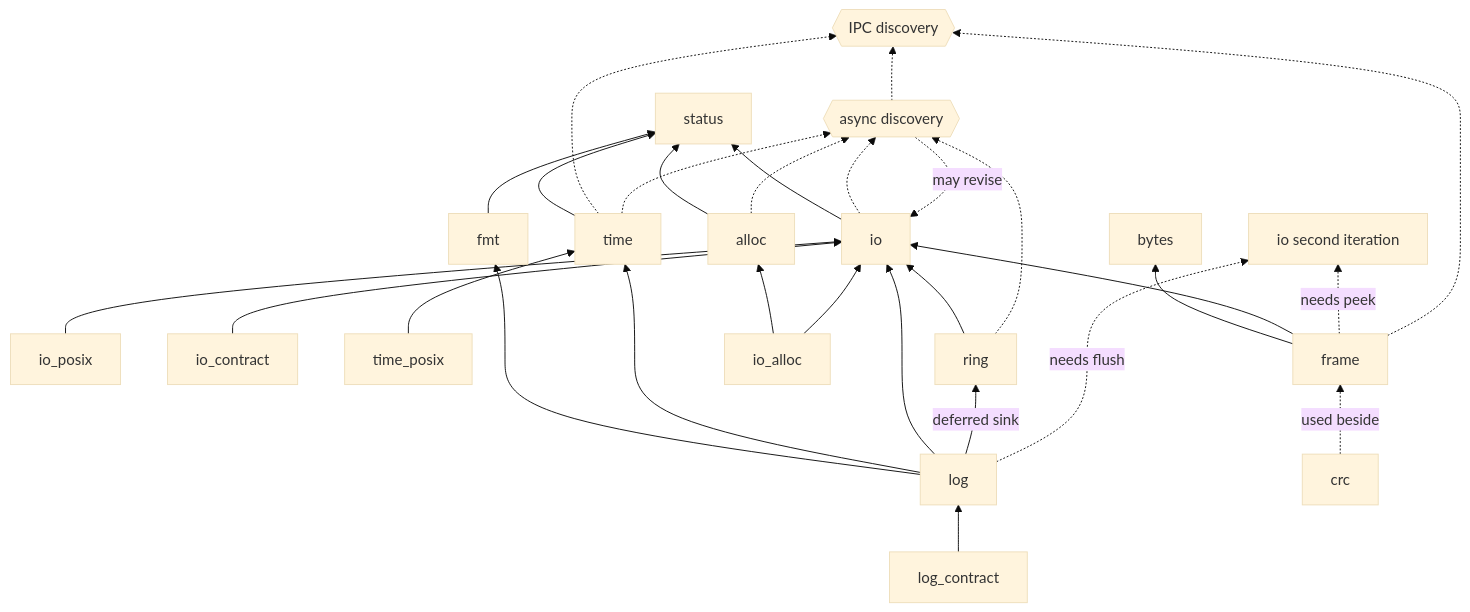
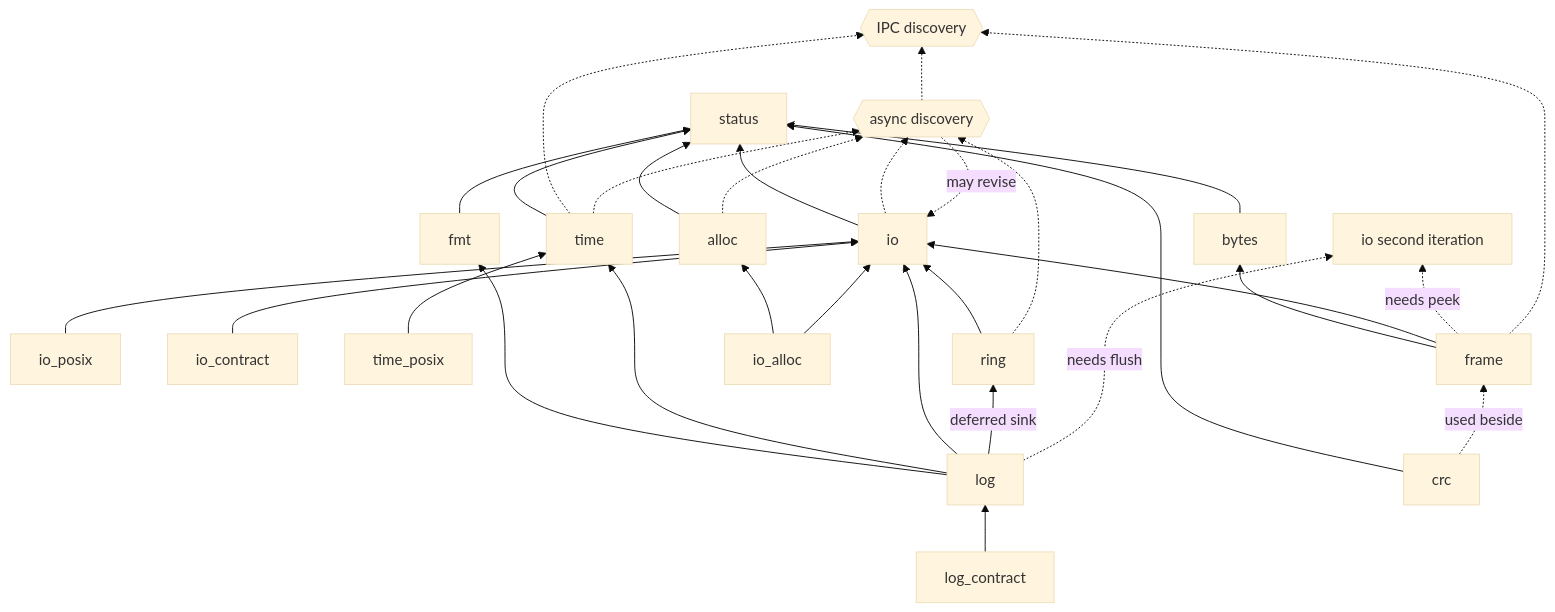
The diagram in docs/module-plan.md (Zshoham/elemental), drawn with Mermaid (base theme) before and after one commit. The commit also changed other lines of this file and 5 other files, not shown here.

First line of the commit message:
M3 ledgers: tests, sizes, Zephyr memory, roadmap

````diff
--- a/docs/module-plan.md
+++ b/docs/module-plan.md
@@ -199,32 +199,33 @@
 ```mermaid
 graph BT
   io --> status
   io_posix --> io
   io_contract --> io
   fmt --> status
   time --> status
   time_posix --> time
   ring --> io
   log --> fmt
   log --> time
   log --> io
   log -->|deferred sink| ring
   log_contract --> log
   frame --> bytes
   frame --> io
   alloc --> status
   io_alloc --> alloc
   io_alloc --> io
-  crc
+  bytes --> status
+  crc --> status
   crc -.->|used beside| frame
   log -.->|needs flush| io2[io second iteration]
   frame -.->|needs peek| io2
   frame -.-> ipc{{IPC discovery}}
   time -.-> ipc
   io -.-> async{{async discovery}}
   ring -.-> async
   time -.-> async
   alloc -.-> async
   async -.->|may revise| io
   async -.-> ipc
 ```
````
